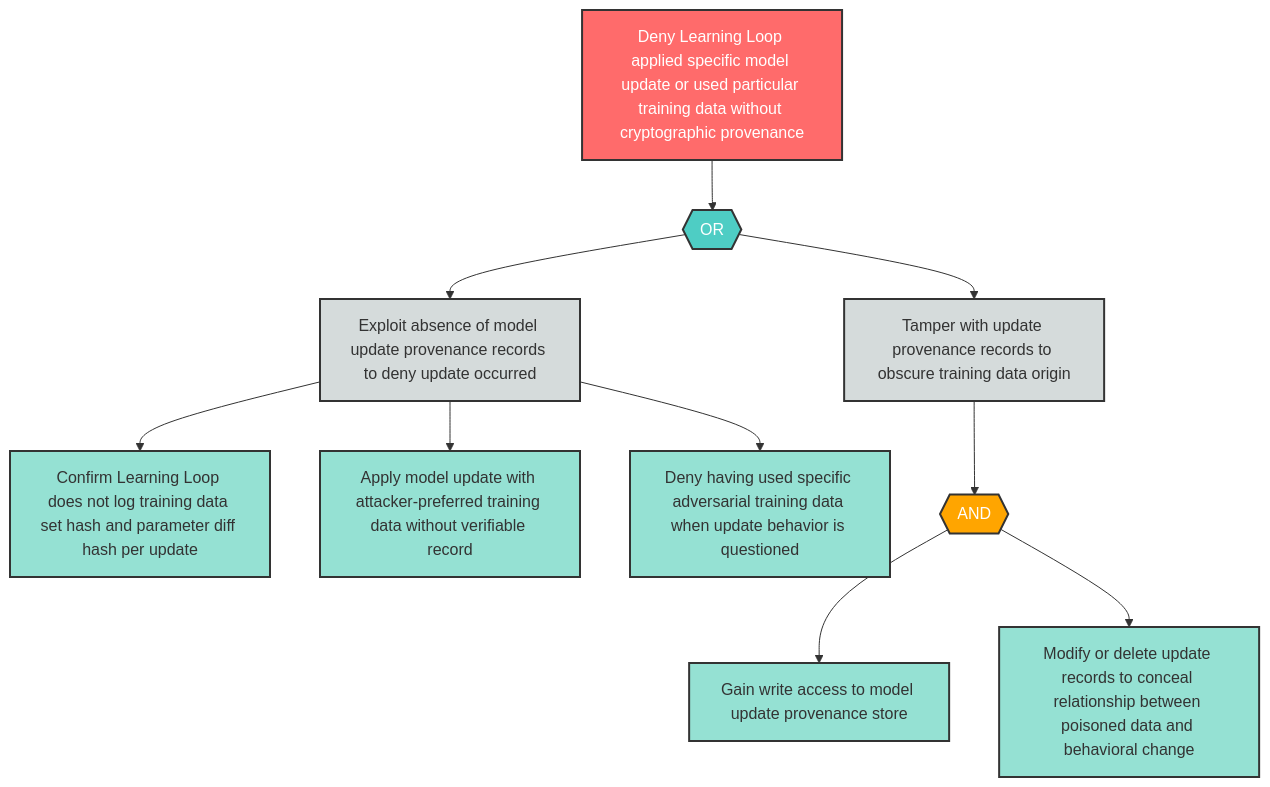
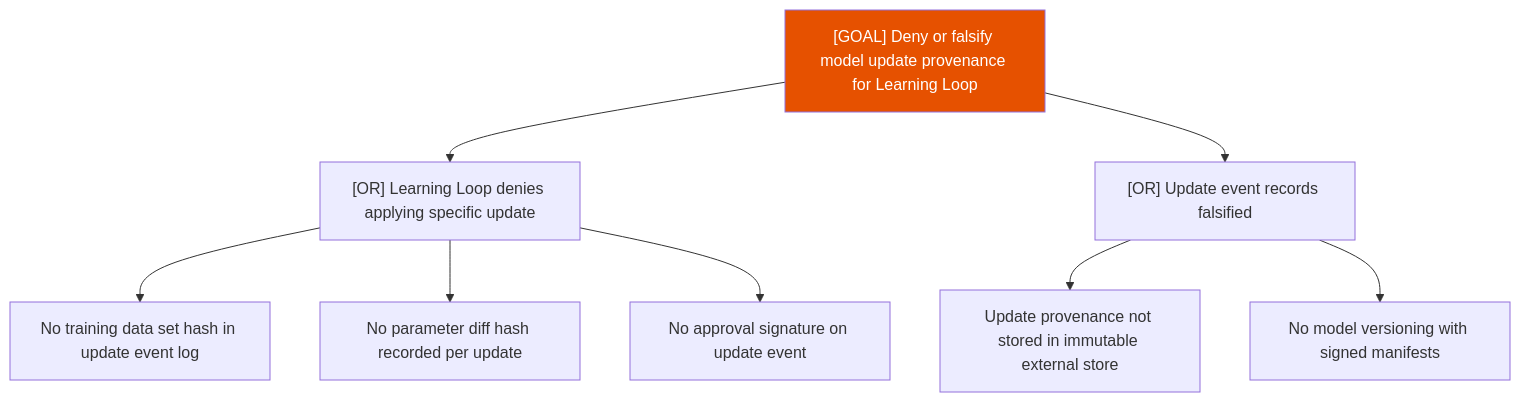
One commit to q-qp-p/davidmatousek-tachi changed the diagram in examples/agentic-app/sample-report/attack-trees/r-7-attack-tree.md. Above: the diagram before and after it, drawn with Mermaid. The commit also changed other lines of this file and 132 other files, not shown here.

````diff
--- a/examples/agentic-app/sample-report/attack-trees/r-7-attack-tree.md
+++ b/examples/agentic-app/sample-report/attack-trees/r-7-attack-tree.md
@@ -8,35 +7,13 @@
 ```mermaid
-flowchart TD
-    R7_root["Deny Learning Loop applied specific model update or used particular training data without cryptographic provenance"]
-    R7_or1{{"OR"}}
-    R7_sub1["Exploit absence of model update provenance records to deny update occurred"]
-    R7_sub2["Tamper with update provenance records to obscure training data origin"]
-    R7_leaf1["Confirm Learning Loop does not log training data set hash and parameter diff hash per update"]
-    R7_leaf2["Apply model update with attacker-preferred training data without verifiable record"]
-    R7_leaf3["Deny having used specific adversarial training data when update behavior is questioned"]
-    R7_and1{{"AND"}}
-    R7_leaf4["Gain write access to model update provenance store"]
-    R7_leaf5["Modify or delete update records to conceal relationship between poisoned data and behavioral change"]
-
-    R7_root --> R7_or1
-    R7_or1 --> R7_sub1
-    R7_or1 --> R7_sub2
-    R7_sub1 --> R7_leaf1
-    R7_sub1 --> R7_leaf2
-    R7_sub1 --> R7_leaf3
-    R7_sub2 --> R7_and1
-    R7_and1 --> R7_leaf4
-    R7_and1 --> R7_leaf5
-
-    classDef goal fill:#ff6b6b,stroke:#333,stroke-width:2px,color:#fff
-    classDef andGate fill:#ffa500,stroke:#333,stroke-width:2px,color:#fff
-    classDef orGate fill:#4ecdc4,stroke:#333,stroke-width:2px,color:#fff
-    classDef subGoal fill:#d5dbdb,stroke:#333,stroke-width:2px,color:#333
-    classDef leaf fill:#95e1d3,stroke:#333,stroke-width:2px,color:#333
-
-    class R7_root goal
-    class R7_or1 orGate
-    class R7_and1 andGate
-    class R7_sub1,R7_sub2 subGoal
-    class R7_leaf1,R7_leaf2,R7_leaf3,R7_leaf4,R7_leaf5 leaf
+graph TD
+    Goal["[GOAL] Deny or falsify model update provenance for Learning Loop"]
+    Goal --> A["[OR] Learning Loop denies applying specific update"]
+    A --> A1["No training data set hash in update event log"]
+    A --> A2["No parameter diff hash recorded per update"]
+    A --> A3["No approval signature on update event"]
+    Goal --> B["[OR] Update event records falsified"]
+    B --> B1["Update provenance not stored in immutable external store"]
+    B --> B2["No model versioning with signed manifests"]
+    classDef high fill:#e65100,color:#fff
+    class Goal high
 ```
````
